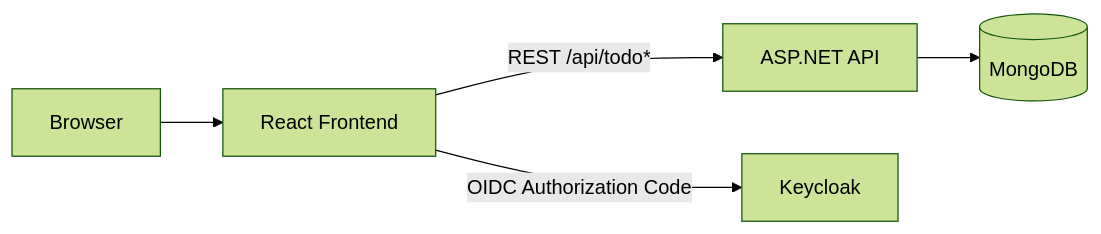
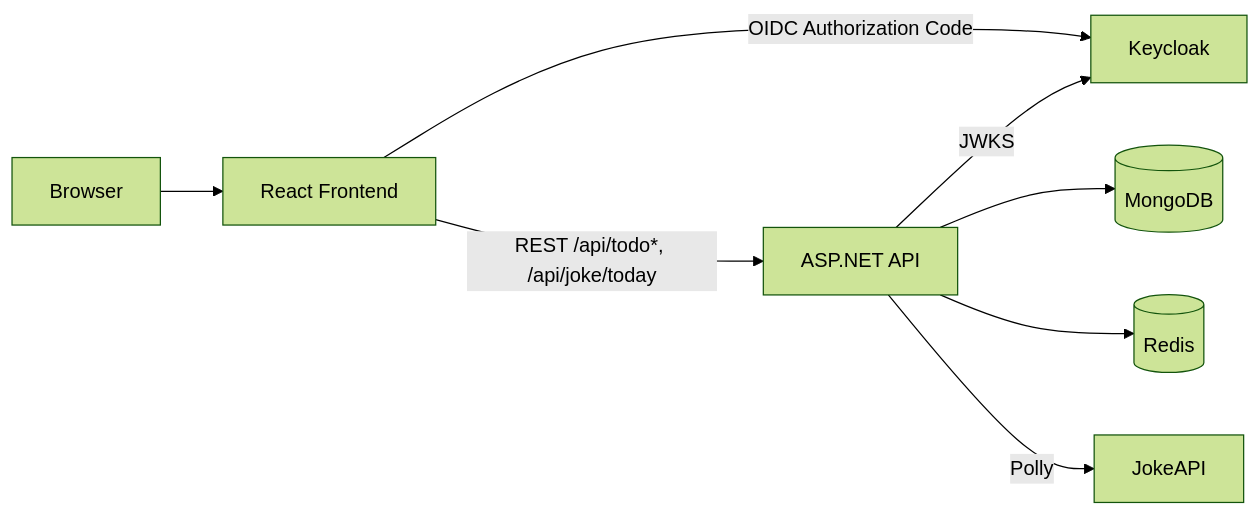
Before and after one commit to Elyspio/react-api-template: the diagram in README.md, drawn with Mermaid (forest theme). The commit also changed other lines of this file and 106 other files, not shown here.

````diff
--- a/README.md
+++ b/README.md
@@ -51,7 +56,10 @@
 ```mermaid
 flowchart LR
     U[Browser] --> F[React Frontend]
-    F -->|REST /api/todo*| A[ASP.NET API]
+    F -->|REST /api/todo*, /api/joke/today| A[ASP.NET API]
     F -->|OIDC Authorization Code| K[Keycloak]
+    A -->|JWKS| K
     A --> M[(MongoDB)]
+    A --> R[(Redis)]
+    A -->|Polly| J[JokeAPI]
 ```
````
